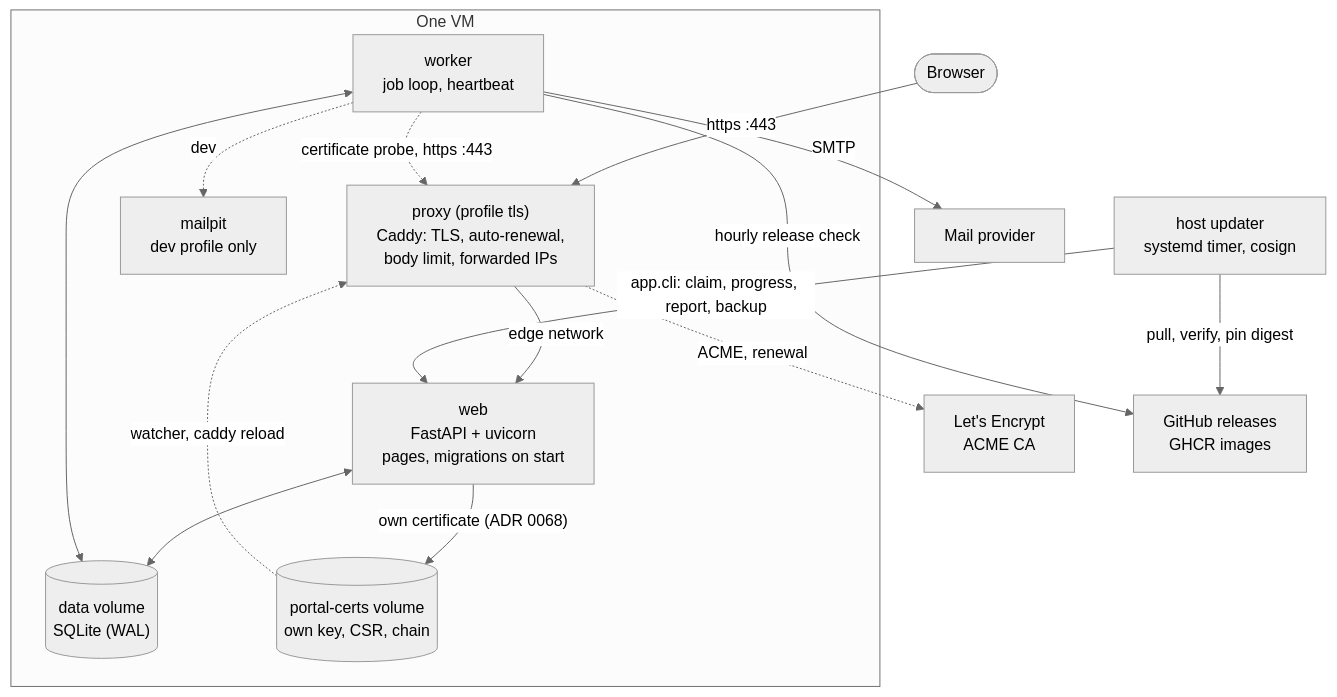
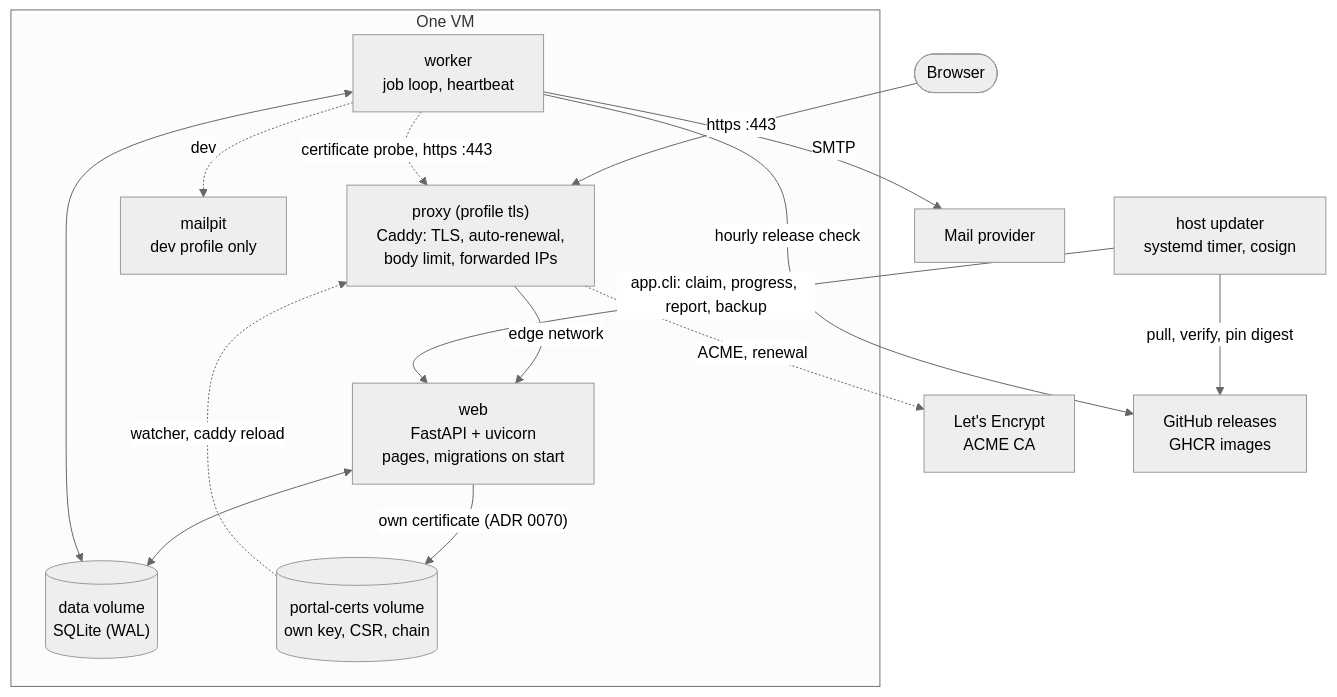
Before and after one commit to 3Corners-Labs/OpenPlanner: the second of 14 diagrams in docs/architecture.md, drawn with Mermaid (neutral theme). The commit also changed other lines of this file and 38 other files, not shown here.

````diff
--- a/docs/architecture.md
+++ b/docs/architecture.md
@@ -86,31 +86,31 @@
 ```mermaid
 flowchart TB
     browser([Browser])
     acme[Let's Encrypt<br/>ACME CA]
 
     subgraph host [One VM]
         proxy["proxy (profile tls)<br/>Caddy: TLS, auto-renewal,<br/>body limit, forwarded IPs"]
         web["web<br/>FastAPI + uvicorn<br/>pages, migrations on start"]
         worker["worker<br/>job loop, heartbeat"]
         volume[("data volume<br/>SQLite (WAL)")]
         certs[("portal-certs volume<br/>own key, CSR, chain")]
         mailpit["mailpit<br/>dev profile only"]
     end
 
     smtp[Mail provider]
     github[GitHub releases<br/>GHCR images]
     updater["host updater<br/>systemd timer, cosign"]
 
     browser -- "https :443" --> proxy -- edge network --> web
     proxy -. "ACME, renewal" .-> acme
     web <--> volume
     worker <--> volume
     worker -- SMTP --> smtp
     worker -- hourly release check --> github
     worker -. "certificate probe, https :443" .-> proxy
-    web -- "own certificate (ADR 0068)" --> certs -. "watcher, caddy reload" .-> proxy
+    web -- "own certificate (ADR 0070)" --> certs -. "watcher, caddy reload" .-> proxy
     updater -- "app.cli: claim, progress, report, backup" --> web
     updater -- "pull, verify, pin digest" --> github
     worker -. dev .-> mailpit
 
 ```
````
